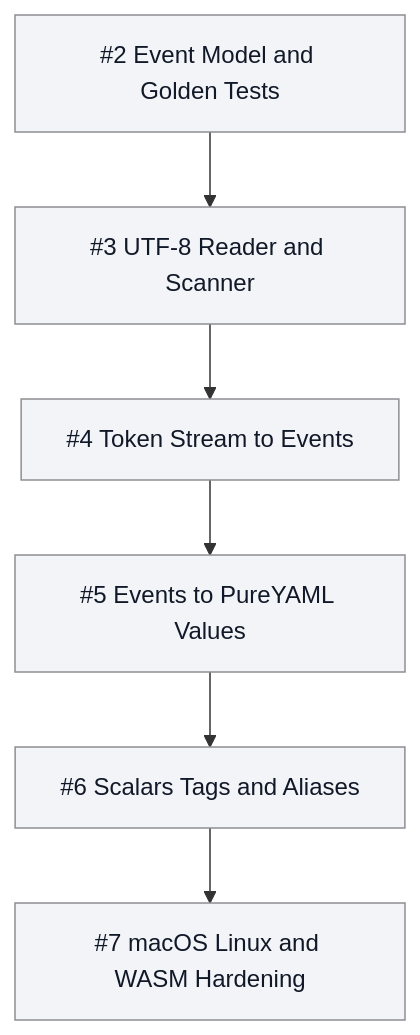
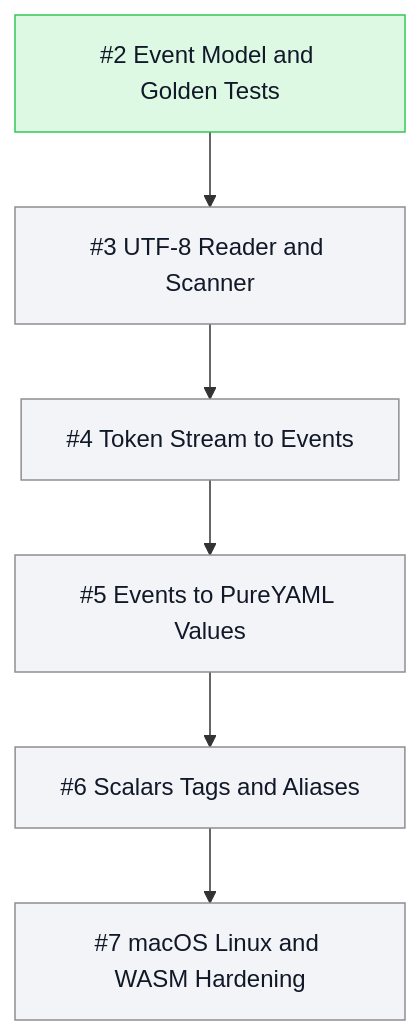
The third of 3 diagrams in README.md (mihaelamj/PureYAML), drawn with Mermaid before and after one commit. The commit also changed 13 other files, not shown here.

First line of the commit message:
feat(parsing): add parse event model

````diff
--- a/README.md
+++ b/README.md
@@ -54,18 +54,18 @@
 ```mermaid
 flowchart TB
   classDef done fill:#ddf9e4,stroke:#34c759,color:#111827
   classDef review fill:#fff7d6,stroke:#ffcc00,color:#111827
   classDef epic fill:#f2e5ff,stroke:#af52de,color:#111827
   classDef todo fill:#f2f4f7,stroke:#8e8e93,color:#111827
-  Issue2["#2 Event Model and Golden Tests"]:::todo
+  Issue2["#2 Event Model and Golden Tests"]:::done
   Issue3["#3 UTF-8 Reader and Scanner"]:::todo
   Issue4["#4 Token Stream to Events"]:::todo
   Issue5["#5 Events to PureYAML Values"]:::todo
   Issue6["#6 Scalars Tags and Aliases"]:::todo
   Issue7["#7 macOS Linux and WASM Hardening"]:::todo
   Issue2 --> Issue3
   Issue3 --> Issue4
   Issue4 --> Issue5
   Issue5 --> Issue6
   Issue6 --> Issue7
 ```
````
